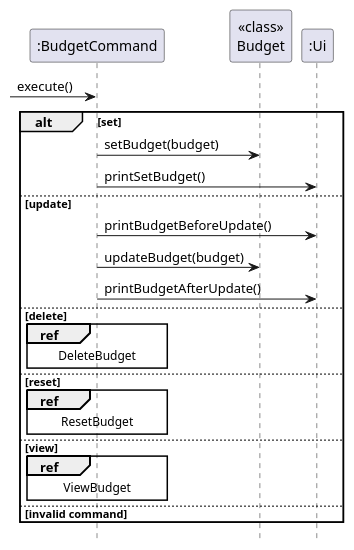
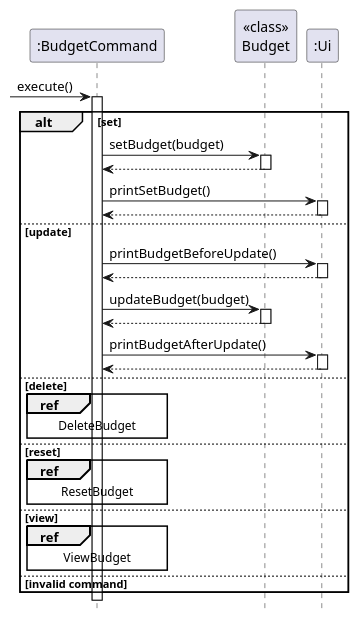
The diagram in docs/diagrams/Budget.puml (nus-cs2113-AY2324S1/tp), drawn with PlantUML before and after one commit. The commit also changed 11 other files, not shown here.

Commit message:
Update diagrams, DG and UG

```diff
--- a/docs/diagrams/Budget.puml
+++ b/docs/diagrams/Budget.puml
@@ -1,26 +1,33 @@
 @startuml
+
+autoactivate on
 
 participant ":BudgetCommand" as BudgetCommand
 participant "<<class>>\nBudget" as Budget
 participant ":Ui" as Ui
 
 -> BudgetCommand: execute()
 
 alt set
     BudgetCommand -> Budget: setBudget(budget)
+    return
     BudgetCommand -> Ui: printSetBudget()
+    return
 else update
     BudgetCommand -> Ui: printBudgetBeforeUpdate()
+    return
     BudgetCommand -> Budget: updateBudget(budget)
+    return
     BudgetCommand -> Ui: printBudgetAfterUpdate()
+    return
 else delete
     ref over BudgetCommand: DeleteBudget
 else reset
     ref over BudgetCommand: ResetBudget
 else view
     ref over BudgetCommand: ViewBudget
 else invalid command
 end
 
 hide footbox
 @enduml
```
